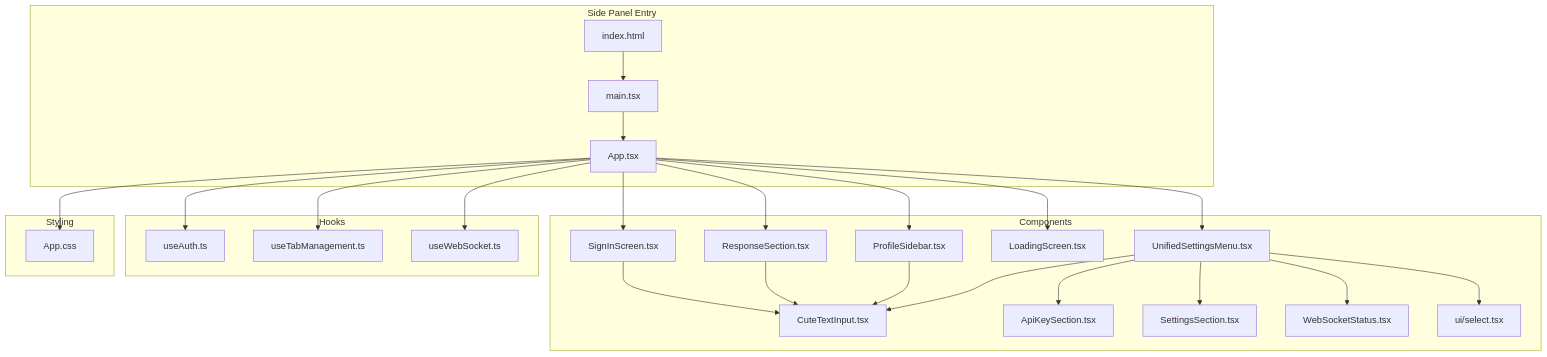
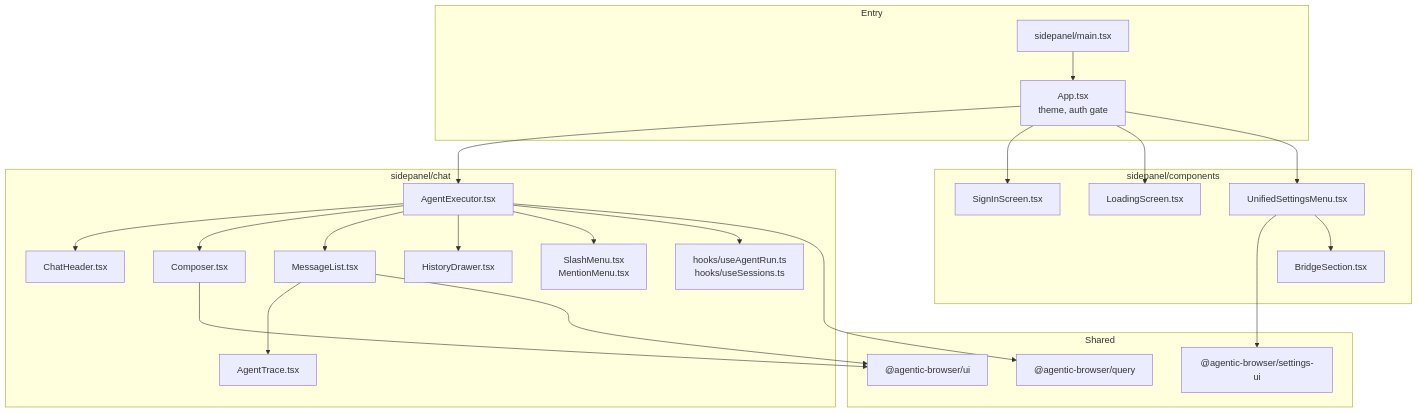
The first of 5 diagrams in src/data/docs/agentic-browser/Browser Extension/Side Panel UI Components.md (tashifkhan/tashif.codes), drawn with Mermaid before and after one commit. The commit also changed other lines of this file and 114 other files, not shown here.

Commit message:
docs(agentic-browser): update docs in place and expand coverage

````diff
--- a/src/data/docs/agentic-browser/Browser Extension/Side Panel UI Components.md
+++ b/src/data/docs/agentic-browser/Browser Extension/Side Panel UI Components.md
@@ -13,46 +13,45 @@
 ```mermaid
 graph TB
-subgraph "Side Panel Entry"
-HTML["index.html"]
-MAIN["main.tsx"]
-APP["App.tsx"]
-end
-subgraph "Components"
-SETTINGS["UnifiedSettingsMenu.tsx"]
-PROFILE["ProfileSidebar.tsx"]
-RESPONSE["ResponseSection.tsx"]
-LOADING["LoadingScreen.tsx"]
-SIGNIN["SignInScreen.tsx"]
-INPUT["CuteTextInput.tsx"]
-APIKEY["ApiKeySection.tsx"]
-SETTINGSSHORT["SettingsSection.tsx"]
-WSSTATUS["WebSocketStatus.tsx"]
-SELECT["ui/select.tsx"]
-end
-subgraph "Hooks"
-AUTH["useAuth.ts"]
-TABS["useTabManagement.ts"]
-WS["useWebSocket.ts"]
-end
-subgraph "Styling"
-CSS["App.css"]
-end
-HTML --> MAIN --> APP
-APP --> AUTH
-APP --> TABS
-APP --> WS
-APP --> SETTINGS
-APP --> PROFILE
-APP --> RESPONSE
-APP --> LOADING
-APP --> SIGNIN
-SETTINGS --> INPUT
-SETTINGS --> APIKEY
-SETTINGS --> SETTINGSSHORT
-SETTINGS --> WSSTATUS
-SETTINGS --> SELECT
-PROFILE --> INPUT
-RESPONSE --> INPUT
-SIGNIN --> INPUT
-APP --> CSS
+  subgraph Entry
+    MAIN["sidepanel/main.tsx"]
+    APP["App.tsx<br/>theme, auth gate"]
+  end
+  subgraph Chat["sidepanel/chat"]
+    EXEC["AgentExecutor.tsx"]
+    HEAD["ChatHeader.tsx"]
+    COMP["Composer.tsx"]
+    LIST["MessageList.tsx"]
+    TRACE["AgentTrace.tsx"]
+    DRAWER["HistoryDrawer.tsx"]
+    MENUS["SlashMenu.tsx<br/>MentionMenu.tsx"]
+    HOOKS["hooks/useAgentRun.ts<br/>hooks/useSessions.ts"]
+  end
+  subgraph Panel["sidepanel/components"]
+    SET["UnifiedSettingsMenu.tsx"]
+    BRIDGE["BridgeSection.tsx"]
+    SIGN["SignInScreen.tsx"]
+    LOAD["LoadingScreen.tsx"]
+  end
+  subgraph Shared
+    API["@agentic-browser/query"]
+    UI["@agentic-browser/ui"]
+    SETUI["@agentic-browser/settings-ui"]
+  end
+  MAIN --> APP
+  APP --> EXEC
+  APP --> SIGN
+  APP --> LOAD
+  APP --> SET
+  EXEC --> HEAD
+  EXEC --> COMP
+  EXEC --> LIST
+  EXEC --> DRAWER
+  EXEC --> MENUS
+  EXEC --> HOOKS
+  LIST --> TRACE
+  EXEC --> API
+  COMP --> UI
+  LIST --> UI
+  SET --> SETUI
+  SET --> BRIDGE
 ```
````
